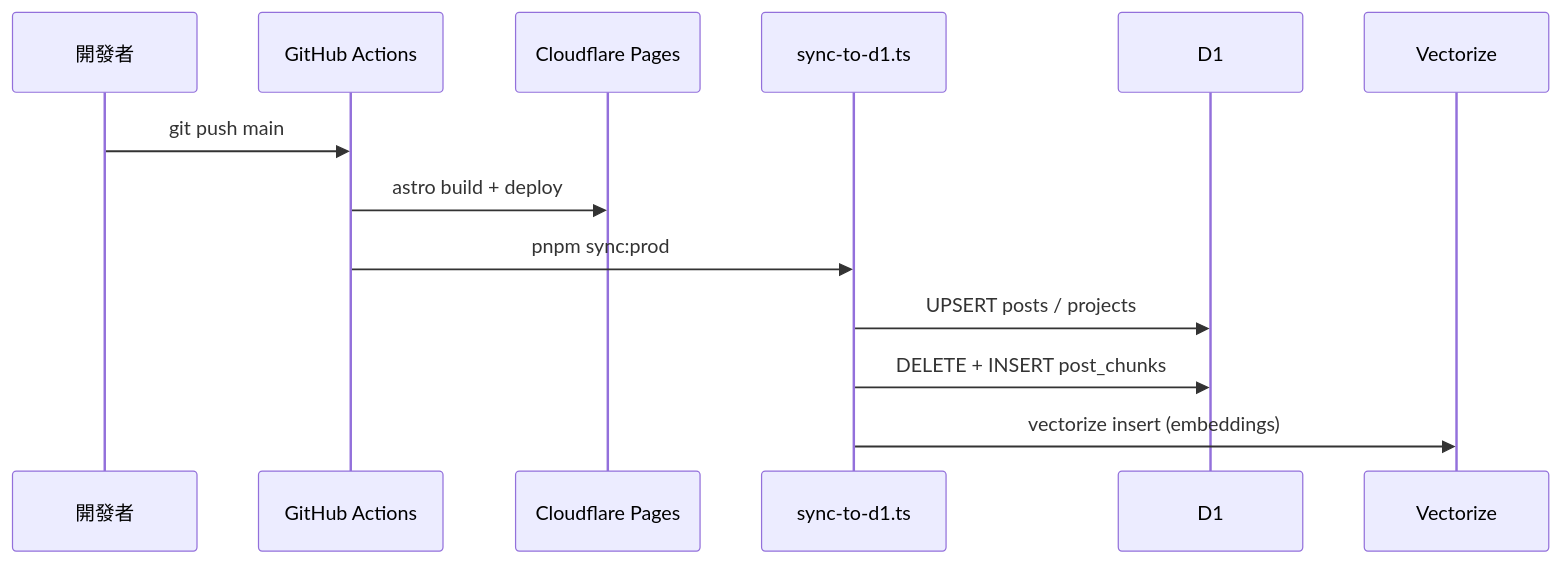
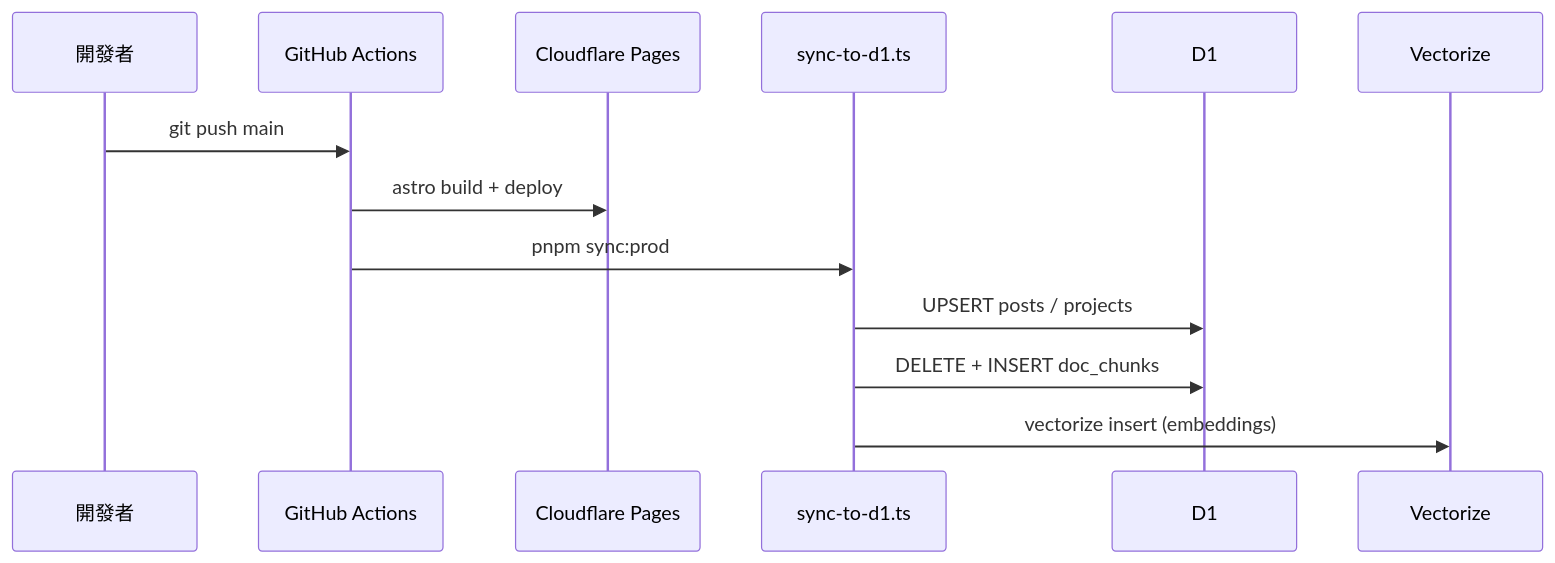
Before and after one commit to a920604a/engineernews: the second of 3 diagrams in docs/architecture.md, drawn with Mermaid. The commit also changed other lines of this file and 2 other files, not shown here.

````diff
--- a/docs/architecture.md
+++ b/docs/architecture.md
@@ -39,16 +53,16 @@
 ```mermaid
 sequenceDiagram
   participant Dev as 開發者
   participant GH as GitHub Actions
   participant Pages as Cloudflare Pages
   participant Script as sync-to-d1.ts
   participant D1
   participant Vec as Vectorize
 
   Dev->>GH: git push main
   GH->>Pages: astro build + deploy
   GH->>Script: pnpm sync:prod
   Script->>D1: UPSERT posts / projects
-  Script->>D1: DELETE + INSERT post_chunks
+  Script->>D1: DELETE + INSERT doc_chunks
   Script->>Vec: vectorize insert (embeddings)
 ```
````
